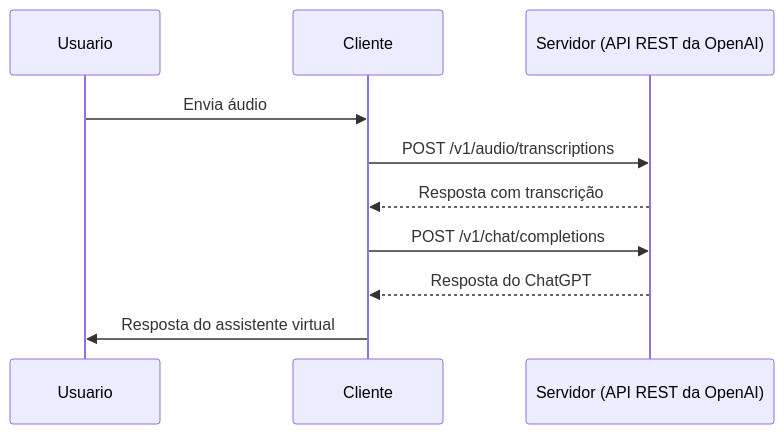
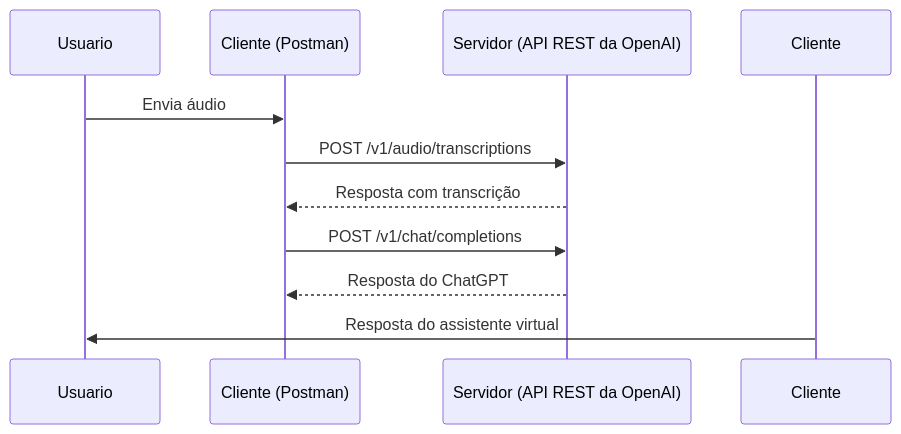
Before and after one commit to digitalinnovationone/arquitetura-cliente-servidor: the diagram in README.md, drawn with Mermaid.

````diff
--- a/README.md
+++ b/README.md
@@ -109,12 +109,12 @@
 ```mermaid
 sequenceDiagram
     participant Usuario
-    participant Cliente
+    participant Cliente (Postman)
     participant Servidor (API REST da OpenAI)
-    Usuario ->> Cliente: Envia áudio
-    Cliente ->> Servidor (API REST da OpenAI): POST /v1/audio/transcriptions
-    Servidor (API REST da OpenAI) -->> Cliente: Resposta com transcrição
-    Cliente ->> Servidor (API REST da OpenAI): POST /v1/chat/completions
-    Servidor (API REST da OpenAI) -->> Cliente: Resposta do ChatGPT
+    Usuario ->> Cliente (Postman): Envia áudio
+    Cliente (Postman) ->> Servidor (API REST da OpenAI): POST /v1/audio/transcriptions
+    Servidor (API REST da OpenAI) -->> Cliente (Postman): Resposta com transcrição
+    Cliente (Postman) ->> Servidor (API REST da OpenAI): POST /v1/chat/completions
+    Servidor (API REST da OpenAI) -->> Cliente (Postman): Resposta do ChatGPT
     Cliente ->> Usuario: Resposta do assistente virtual
 ```
````
